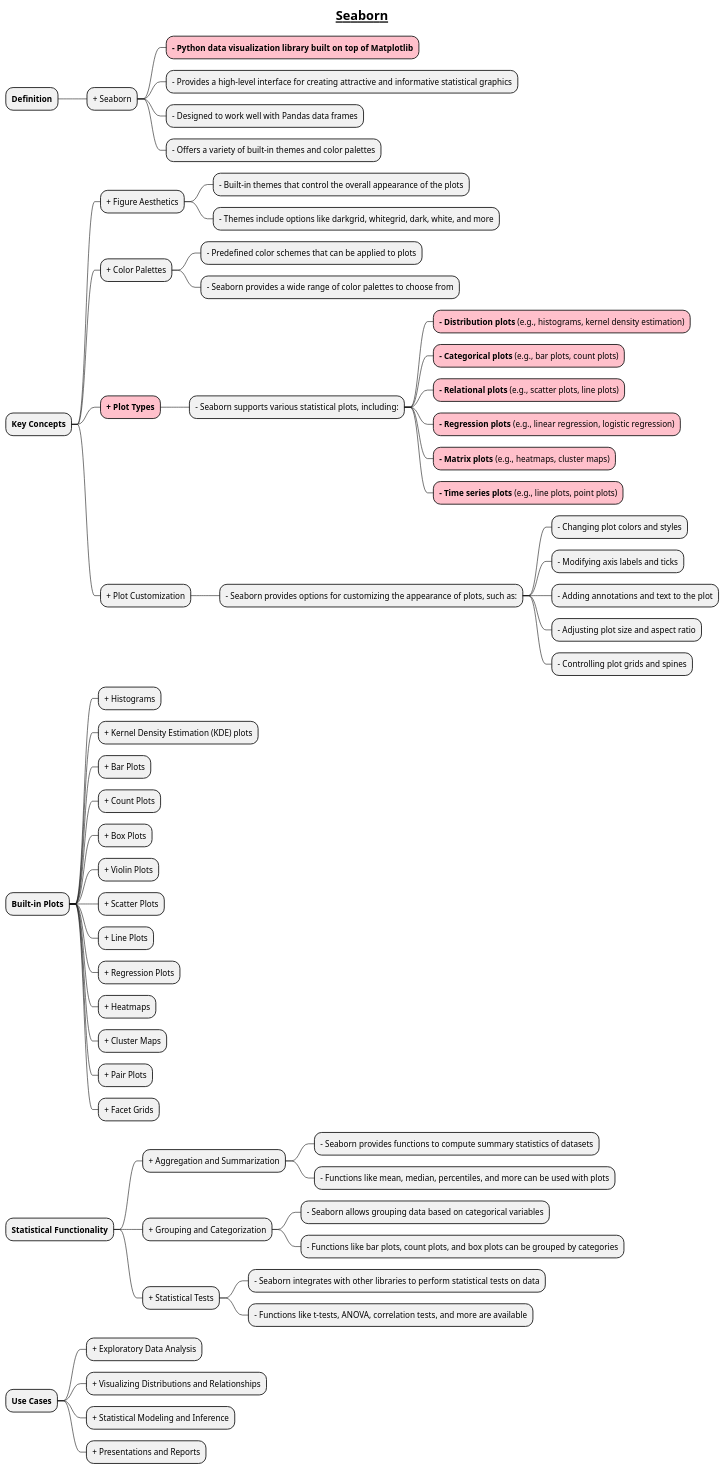
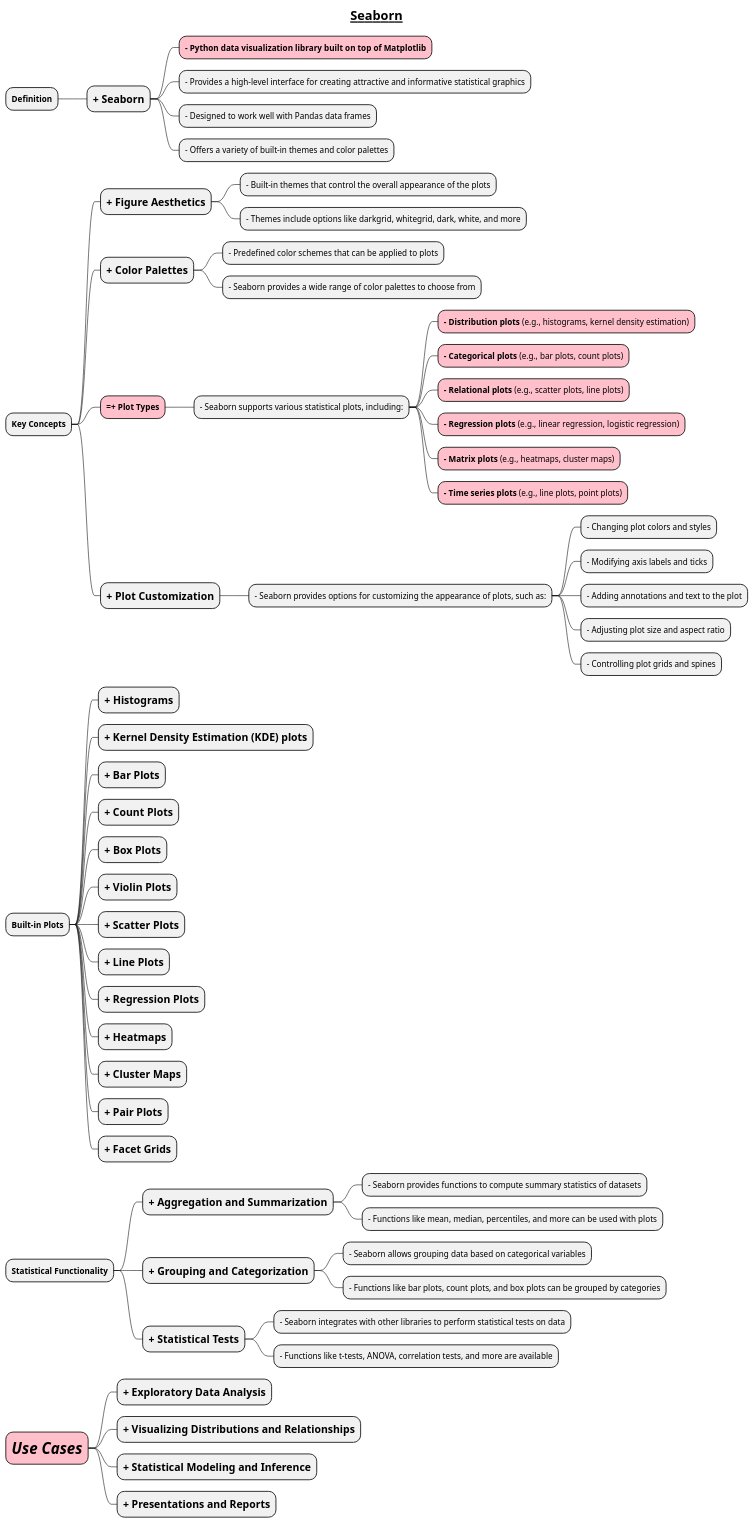
The diagram in docs/AI-ML- DL-Data-Science-and-BigData/data-science-with-python/2-data-visualization/2-Seaborn.puml (MehmoodHashmi/Documentation-as-Code-DaC), drawn with PlantUML before and after one commit. The commit also changed 24 other files, not shown here.

```diff
--- a/docs/AI-ML- DL-Data-Science-and-BigData/data-science-with-python/2-data-visualization/2-Seaborn.puml
+++ b/docs/AI-ML- DL-Data-Science-and-BigData/data-science-with-python/2-data-visualization/2-Seaborn.puml
@@ -1,67 +1,67 @@
 @startmindmap
 
 title =__ Seaborn __
 
 * **Definition**
-** + Seaborn
+** =+ Seaborn
 ***[#pink] **- Python data visualization library built on top of Matplotlib**
 *** - Provides a high-level interface for creating attractive and informative statistical graphics
 *** - Designed to work well with Pandas data frames
 *** - Offers a variety of built-in themes and color palettes
 
 * **Key Concepts**
-** + Figure Aesthetics
+** =+ Figure Aesthetics
 *** - Built-in themes that control the overall appearance of the plots
 *** - Themes include options like darkgrid, whitegrid, dark, white, and more
-** + Color Palettes
+** =+ Color Palettes
 *** - Predefined color schemes that can be applied to plots
 *** - Seaborn provides a wide range of color palettes to choose from
-**[#pink] **+ Plot Types**
+**[#pink] **=+ Plot Types**
 *** - Seaborn supports various statistical plots, including:
 ****[#pink] **- Distribution plots** (e.g., histograms, kernel density estimation)
 ****[#pink] **- Categorical plots** (e.g., bar plots, count plots)
 ****[#pink] **- Relational plots** (e.g., scatter plots, line plots)
 ****[#pink] **- Regression plots** (e.g., linear regression, logistic regression)
 ****[#pink] **- Matrix plots** (e.g., heatmaps, cluster maps)
 ****[#pink] **- Time series plots** (e.g., line plots, point plots)
-** + Plot Customization
+** =+ Plot Customization
 *** - Seaborn provides options for customizing the appearance of plots, such as:
 **** - Changing plot colors and styles
 **** - Modifying axis labels and ticks
 **** - Adding annotations and text to the plot
 **** - Adjusting plot size and aspect ratio
 **** - Controlling plot grids and spines
 
 * **Built-in Plots**
-** + Histograms
-** + Kernel Density Estimation (KDE) plots
-** + Bar Plots
-** + Count Plots
-** + Box Plots
-** + Violin Plots
-** + Scatter Plots
-** + Line Plots
-** + Regression Plots
-** + Heatmaps
-** + Cluster Maps
-** + Pair Plots
-** + Facet Grids
+** =+ Histograms
+** =+ Kernel Density Estimation (KDE) plots
+** =+ Bar Plots
+** =+ Count Plots
+** =+ Box Plots
+** =+ Violin Plots
+** =+ Scatter Plots
+** =+ Line Plots
+** =+ Regression Plots
+** =+ Heatmaps
+** =+ Cluster Maps
+** =+ Pair Plots
+** =+ Facet Grids
 
 * **Statistical Functionality**
-** + Aggregation and Summarization
+** =+ Aggregation and Summarization
 *** - Seaborn provides functions to compute summary statistics of datasets
 *** - Functions like mean, median, percentiles, and more can be used with plots
-** + Grouping and Categorization
+** =+ Grouping and Categorization
 *** - Seaborn allows grouping data based on categorical variables
 *** - Functions like bar plots, count plots, and box plots can be grouped by categories
-** + Statistical Tests
+** =+ Statistical Tests
 *** - Seaborn integrates with other libraries to perform statistical tests on data
 *** - Functions like t-tests, ANOVA, correlation tests, and more are available
 
-* **Use Cases**
-** + Exploratory Data Analysis
-** + Visualizing Distributions and Relationships
-** + Statistical Modeling and Inference
-** + Presentations and Reports
+*[#pink] =//**Use Cases**//
+** =+ Exploratory Data Analysis
+** =+ Visualizing Distributions and Relationships
+** =+ Statistical Modeling and Inference
+** =+ Presentations and Reports
 
 @endmindmap
```
